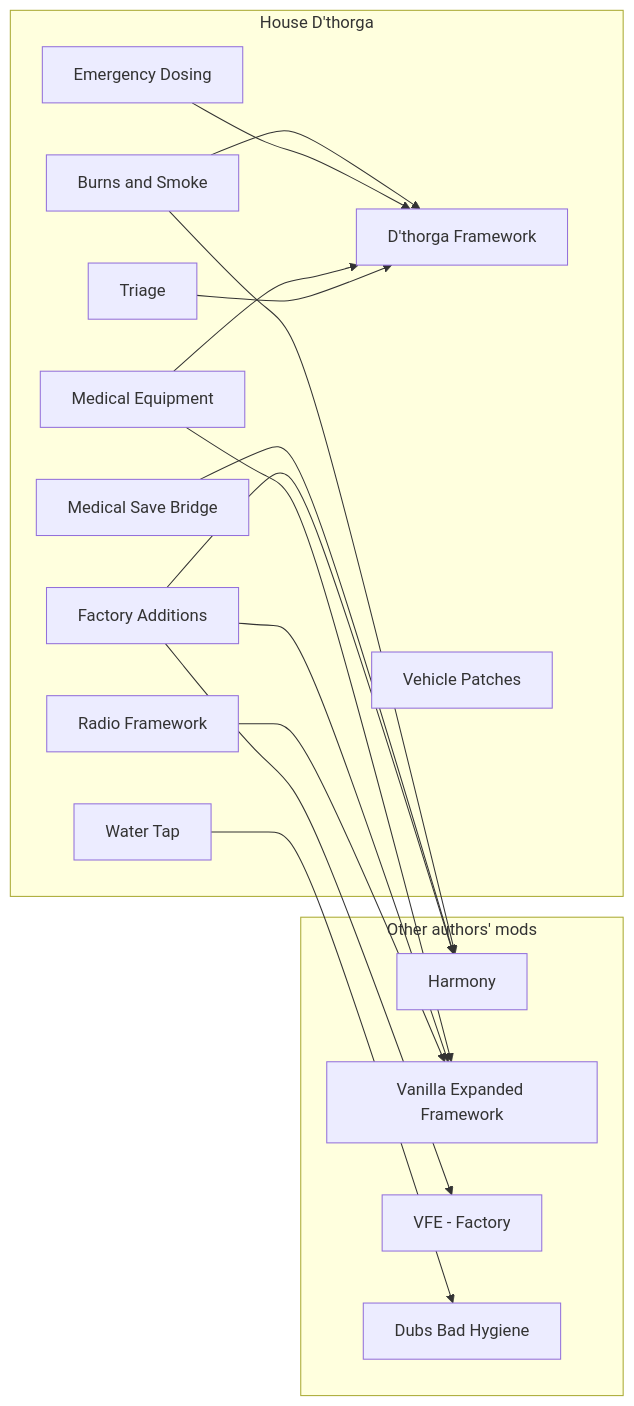
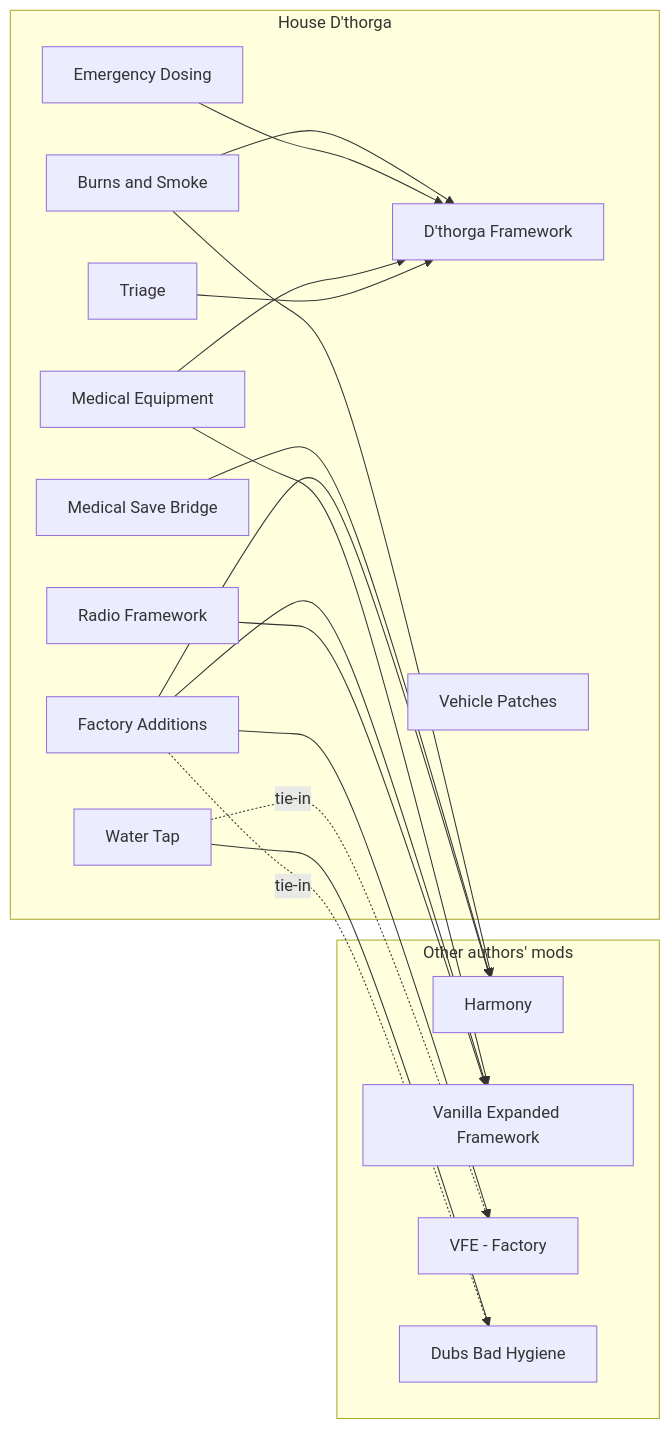
The diagram in README.md (phobos-dthorga/phobos-rimworld), drawn with Mermaid before and after one commit. The commit also changed other lines of this file and 11 other files, not shown here.

````diff
--- a/README.md
+++ b/README.md
@@ -39,33 +39,35 @@
 ```mermaid
 flowchart LR
     subgraph ours["House D'thorga"]
         Framework["D'thorga Framework"]
         Burns["Burns and Smoke"]
         Dosing["Emergency Dosing"]
         Equipment["Medical Equipment"]
         Triage["Triage"]
         Bridge["Medical Save Bridge"]
         Factory["Factory Additions"]
         Vehicles["Vehicle Patches"]
         Tap["Water Tap"]
         Radio["Radio Framework"]
     end
     subgraph theirs["Other authors' mods"]
         Harmony["Harmony"]
         VEF["Vanilla Expanded Framework"]
         VFEF["VFE - Factory"]
         DBH["Dubs Bad Hygiene"]
     end
     Burns --> Framework
     Dosing --> Framework
     Equipment --> Framework
     Triage --> Framework
     Burns --> Harmony
     Bridge --> Harmony
     Factory --> Harmony
     Equipment --> VEF
     Factory --> VEF
     Radio --> VEF
     Factory --> VFEF
     Tap --> DBH
+    Factory -. "tie-in" .-> DBH
+    Tap -. "tie-in" .-> VFEF
 ```
````
